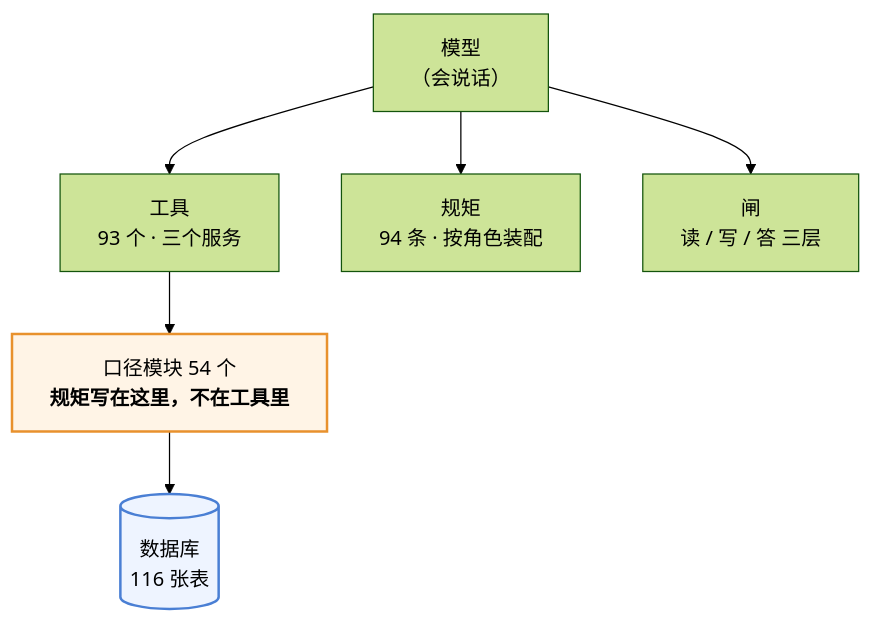
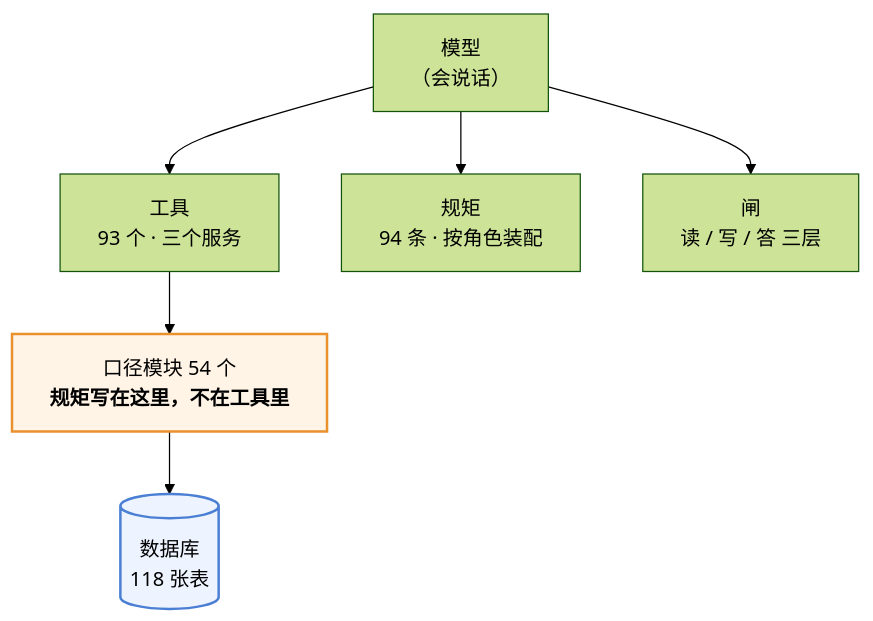
Before and after one commit to 843773296-rgb/lanxiu-yunshang-agent: the first of 3 diagrams in 澜绣云裳agent-产品说明.md, drawn with Mermaid (forest theme). The commit also changed other lines of this file and 22 other files, not shown here.

````diff
--- a/澜绣云裳agent-产品说明.md
+++ b/澜绣云裳agent-产品说明.md
@@ -62,12 +62,12 @@
 ```mermaid
 flowchart TD
     M["模型<br/>（会说话）"]
     M --> T["工具<br/>93 个 · 三个服务"]
     M --> R["规矩<br/>94 条 · 按角色装配"]
     M --> G["闸<br/>读 / 写 / 答 三层"]
     T --> K["口径模块 54 个<br/><b>规矩写在这里，不在工具里</b>"]
-    K --> DB[("数据库<br/>116 张表")]
+    K --> DB[("数据库<br/>118 张表")]
 
     style K fill:#fff4e6,stroke:#e8912d,stroke-width:2px
     style DB fill:#eef4ff,stroke:#4a7fd4,stroke-width:2px
 ```
````
